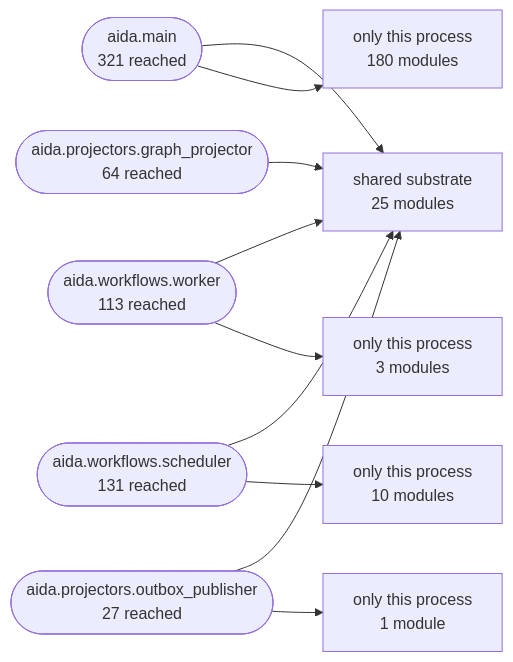
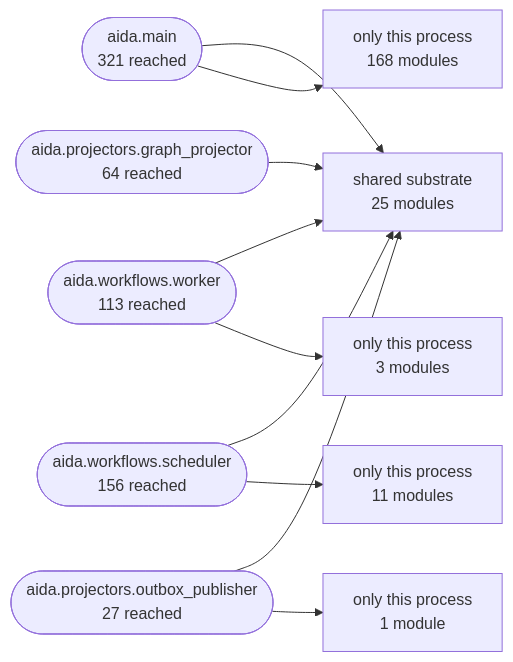
One commit to karuppusamym/AIDataAnalyst changed the second of 3 diagrams in Docs/10-architecture/14-generated-architecture-map.md. Above: the diagram before and after it, drawn with Mermaid. The commit also changed other lines of this file and 6 other files, not shown here.

````diff
--- a/Docs/10-architecture/14-generated-architecture-map.md
+++ b/Docs/10-architecture/14-generated-architecture-map.md
@@ -172,22 +172,22 @@
 ```mermaid
 graph LR
   shared["shared substrate<br/>25 modules"]
   aida_main(["aida.main<br/>321 reached"])
   aida_workflows_worker(["aida.workflows.worker<br/>113 reached"])
-  aida_workflows_scheduler(["aida.workflows.scheduler<br/>131 reached"])
+  aida_workflows_scheduler(["aida.workflows.scheduler<br/>156 reached"])
   aida_projectors_graph_projector(["aida.projectors.graph_projector<br/>64 reached"])
   aida_projectors_outbox_publisher(["aida.projectors.outbox_publisher<br/>27 reached"])
   aida_main --> shared
-  only_aida_main["only this process<br/>180 modules"]
+  only_aida_main["only this process<br/>168 modules"]
   aida_main --> only_aida_main
   aida_workflows_worker --> shared
   only_aida_workflows_worker["only this process<br/>3 modules"]
   aida_workflows_worker --> only_aida_workflows_worker
   aida_workflows_scheduler --> shared
-  only_aida_workflows_scheduler["only this process<br/>10 modules"]
+  only_aida_workflows_scheduler["only this process<br/>11 modules"]
   aida_workflows_scheduler --> only_aida_workflows_scheduler
   aida_projectors_graph_projector --> shared
   aida_projectors_outbox_publisher --> shared
   only_aida_projectors_outbox_publisher["only this process<br/>1 module"]
   aida_projectors_outbox_publisher --> only_aida_projectors_outbox_publisher
 ```
````
